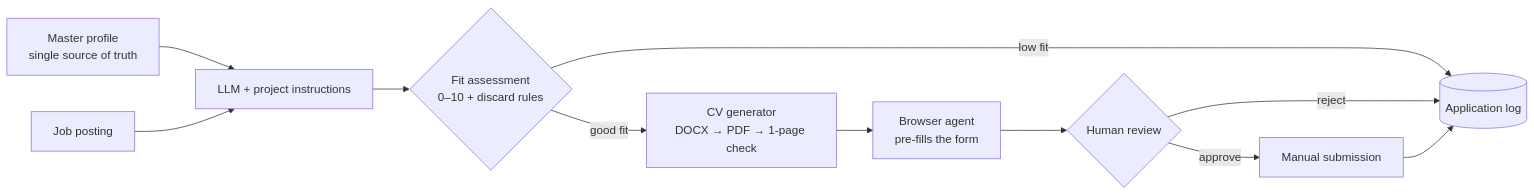
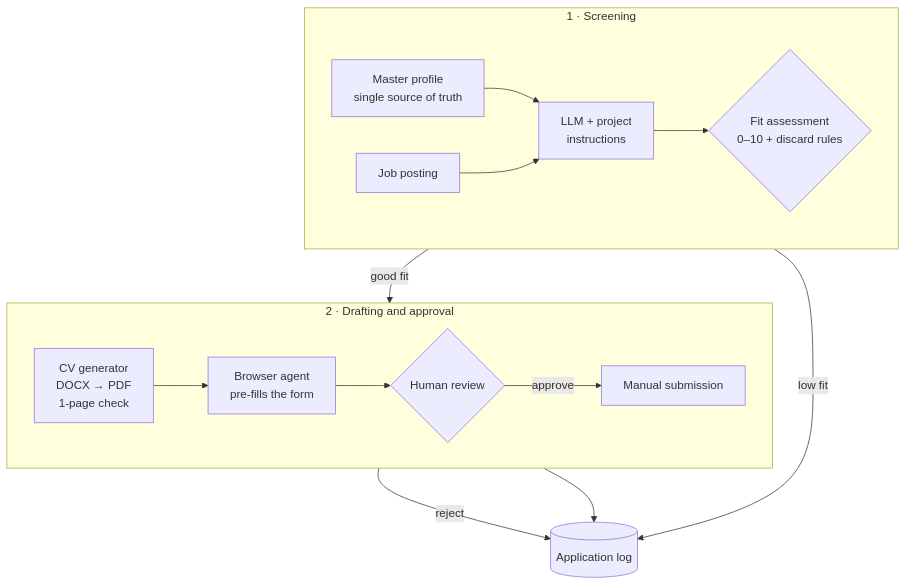
The first of 2 diagrams in README.md (aavelarbelo/llm-job-application-assistant), drawn with Mermaid before and after one commit. The commit also changed other lines of this file and 1 other file, not shown here.

Commit message:
Docs: split Mermaid diagrams into two rows for readability
Claude-Session: https://claude.ai/code/session_01FyiMzVGZPWt1WWcRt5YY2j

````diff
--- a/README.md
+++ b/README.md
@@ -20,13 +20,19 @@
 ```mermaid
-flowchart LR
-    MP[Master profile<br/>single source of truth] --> LLM[LLM + project instructions]
-    JOB[Job posting] --> LLM
-    LLM --> FIT{Fit assessment<br/>0–10 + discard rules}
+flowchart TB
+    subgraph S1[" 1 · Screening "]
+        direction LR
+        MP[Master profile<br/>single source of truth] --> LLM[LLM + project<br/>instructions]
+        JOB[Job posting] --> LLM
+        LLM --> FIT{Fit assessment<br/>0–10 + discard rules}
+    end
+    subgraph S2[" 2 · Drafting and approval "]
+        direction LR
+        CV[CV generator<br/>DOCX → PDF<br/>1-page check] --> AG[Browser agent<br/>pre-fills the form]
+        AG --> HU{Human review}
+        HU -- approve --> SUB[Manual submission]
+    end
+    FIT -- good fit --> CV
     FIT -- low fit --> LOG[(Application log)]
-    FIT -- good fit --> CV[CV generator<br/>DOCX → PDF → 1-page check]
-    CV --> AG[Browser agent<br/>pre-fills the form]
-    AG --> HU{Human review}
-    HU -- approve --> SUB[Manual submission]
     HU -- reject --> LOG
     SUB --> LOG
 ```
````
